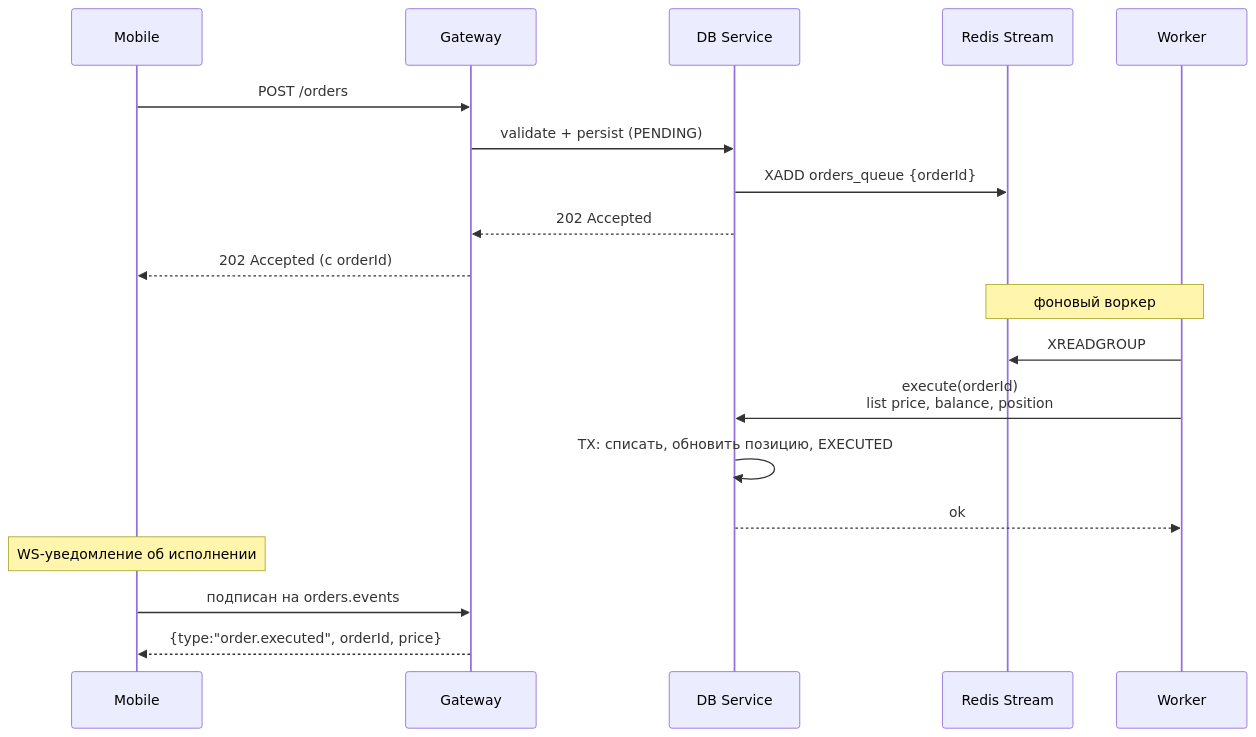
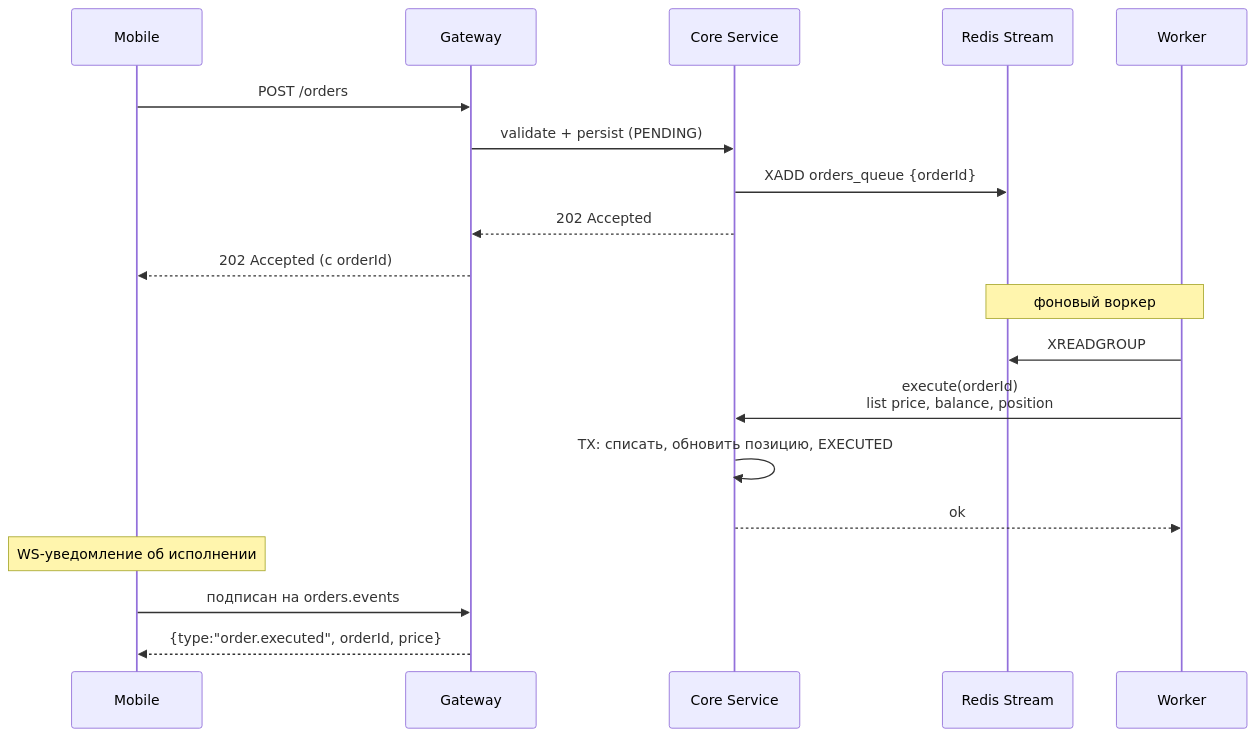
Before and after one commit to r4m63/Stockyard: the third of 3 diagrams in docs/architecture/08-scaling.md, drawn with Mermaid. The commit also changed other lines of this file and 26 other files, not shown here.

First line of the commit message:
docs(arch): add storage operations, ADRs 007-009, rename DB Service to Core Service

````diff
--- a/docs/architecture/08-scaling.md
+++ b/docs/architecture/08-scaling.md
@@ -192,24 +192,24 @@
 ```mermaid
 sequenceDiagram
     participant M as Mobile
     participant GW as Gateway
-    participant DB as DB Service
+    participant DB as Core Service
     participant Q as Redis Stream
     participant W as Worker
 
     M ->> GW: POST /orders
     GW ->> DB: validate + persist (PENDING)
     DB ->> Q: XADD orders_queue {orderId}
     DB -->> GW: 202 Accepted
     GW -->> M: 202 Accepted (с orderId)
 
     Note over W,Q: фоновый воркер
     W ->> Q: XREADGROUP
     W ->> DB: execute(orderId)<br/>list price, balance, position
     DB ->> DB: TX: списать, обновить позицию, EXECUTED
     DB -->> W: ok
 
     Note over M: WS-уведомление об исполнении
     M ->> GW: подписан на orders.events
     GW -->> M: {type:"order.executed", orderId, price}
 ```
````
